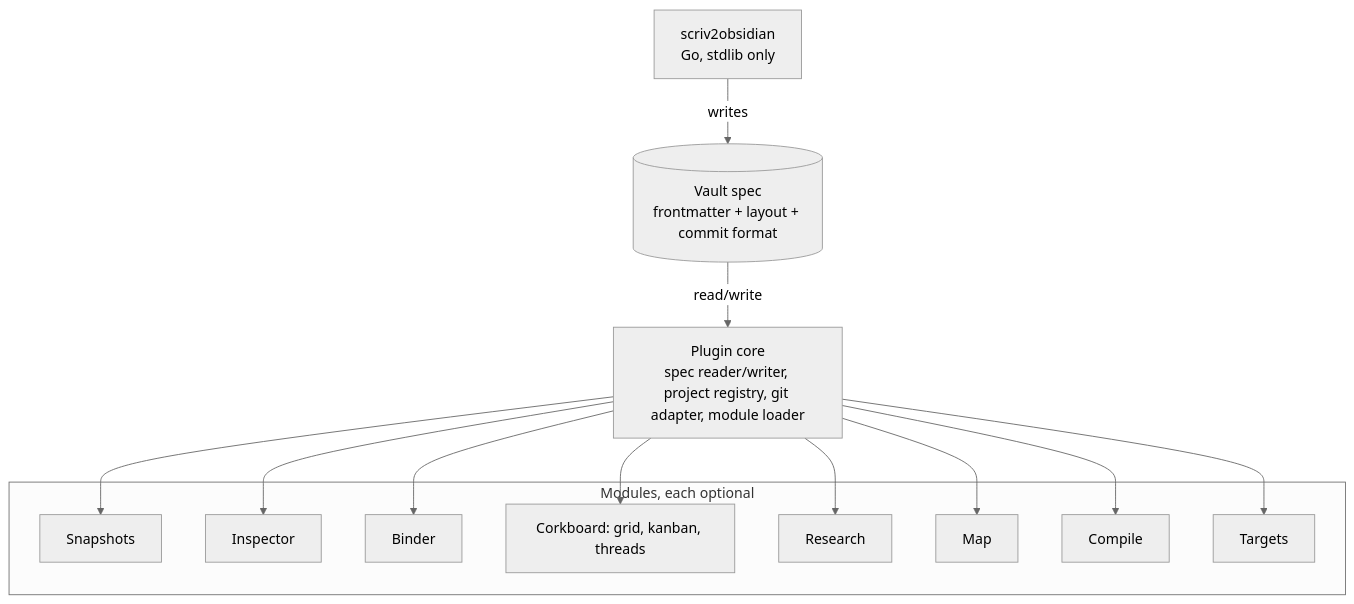
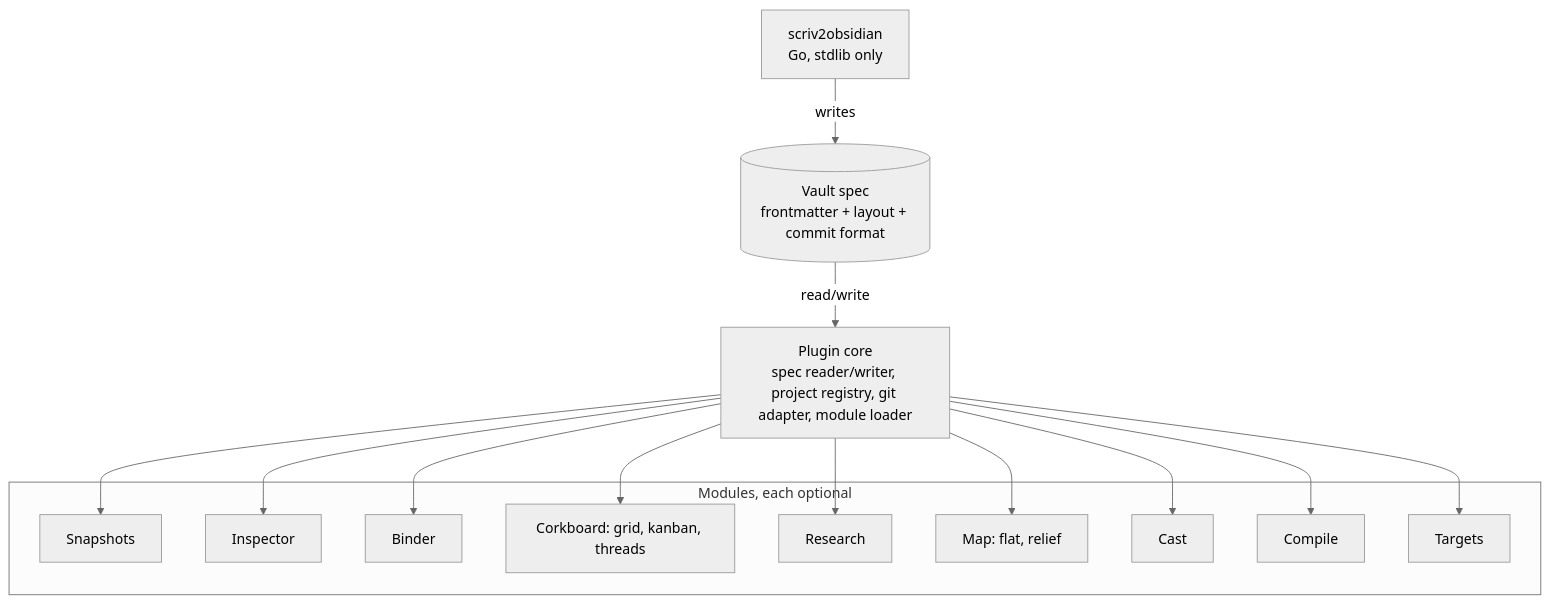
Before and after one commit to Longhand-io/longhand: the second of 2 diagrams in README.md, drawn with Mermaid (neutral theme). The commit also changed other lines of this file and 3 other files, not shown here.

Commit message:
docs: add character notes, relief maps, and the cast module

````diff
--- a/README.md
+++ b/README.md
@@ -49,19 +49,20 @@
 ```mermaid
 flowchart TB
     spec[("Vault spec<br/>frontmatter + layout + commit format")]
     importer["scriv2obsidian<br/>Go, stdlib only"]
     core["Plugin core<br/>spec reader/writer, project registry, git adapter, module loader"]
     subgraph modules["Modules, each optional"]
         snap["Snapshots"]
         insp["Inspector"]
         bind["Binder"]
         cork["Corkboard: grid, kanban, threads"]
         res["Research"]
-        map["Map"]
+        map["Map: flat, relief"]
+        cast["Cast"]
         comp["Compile"]
         targ["Targets"]
     end
     importer -- writes --> spec
     spec -- read/write --> core
-    core --> snap & insp & bind & cork & res & map & comp & targ
+    core --> snap & insp & bind & cork & res & map & cast & comp & targ
 ```
````
